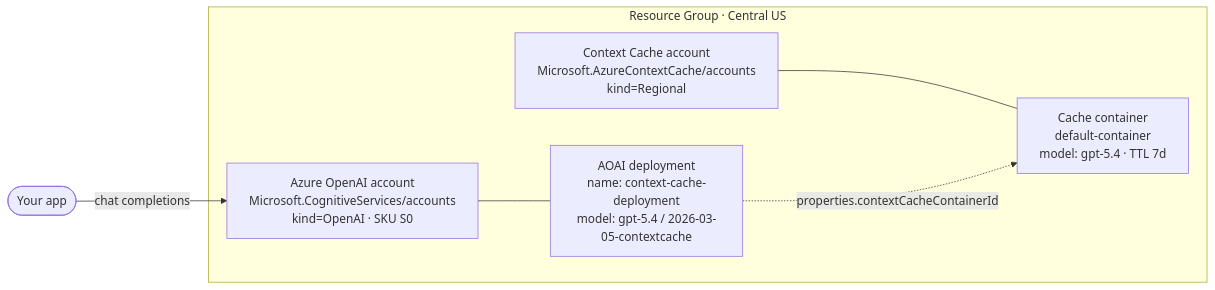
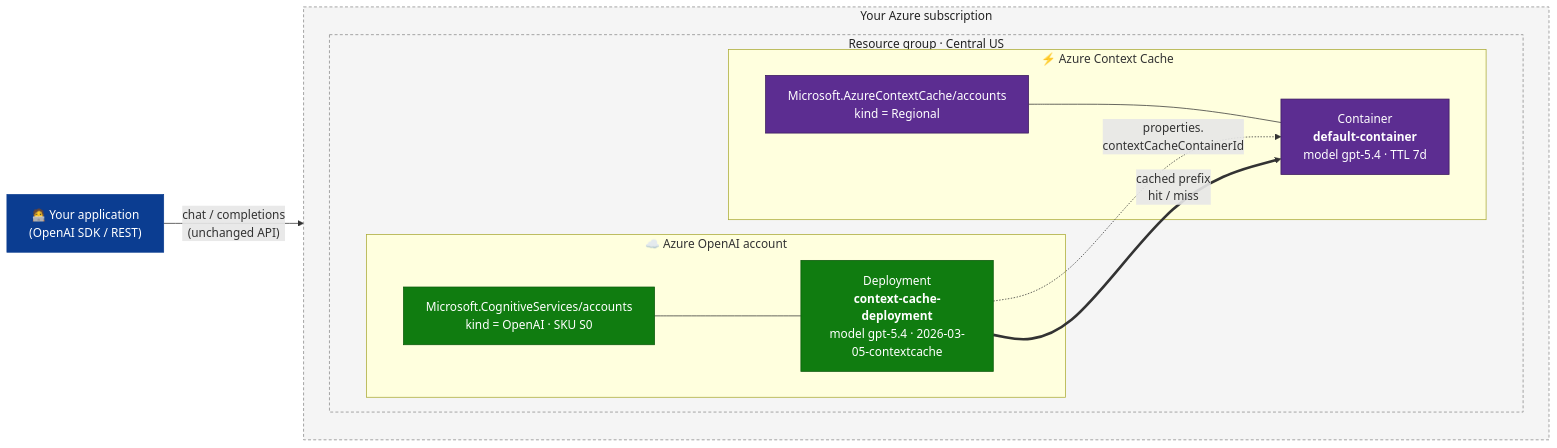
Before and after one commit to Azure/AzureContextCache: the diagram in README.md, drawn with Mermaid. The commit also changed other lines of this file, not shown here.

Commit message:
Polish README: explain explicit context caching, richer architecture diagram, single button summary

````diff
--- a/README.md
+++ b/README.md
@@ -26,13 +44,36 @@
 ```mermaid
 flowchart LR
-    User([Your app]) -->|chat completions| AOAI
-    subgraph RG["Resource Group · Central US"]
-        AOAI["Azure OpenAI account<br/>Microsoft.CognitiveServices/accounts<br/>kind=OpenAI · SKU S0"]
-        DEP["AOAI deployment<br/>name: context-cache-deployment<br/>model: gpt-5.4 / 2026-03-05-contextcache"]
-        CACHE["Context Cache account<br/>Microsoft.AzureContextCache/accounts<br/>kind=Regional"]
-        CONT["Cache container<br/>default-container<br/>model: gpt-5.4 · TTL 7d"]
-        AOAI --- DEP
-        CACHE --- CONT
-        DEP -.->|properties.contextCacheContainerId| CONT
+    classDef app    fill:#0b3d91,stroke:#0b3d91,color:#ffffff
+    classDef aoai   fill:#107c10,stroke:#0b5a0b,color:#ffffff
+    classDef cache  fill:#5c2d91,stroke:#3b1c5c,color:#ffffff
+    classDef rg     fill:#f5f5f5,stroke:#888,color:#222,stroke-dasharray: 4 3
+
+    User["🧑‍💻 Your application<br/>(OpenAI SDK / REST)"]:::app
+
+    subgraph SUB["Your Azure subscription"]
+        direction TB
+        subgraph RG["Resource group · Central US"]
+            direction LR
+
+            subgraph AOAIBOX["☁️ Azure OpenAI account"]
+                AOAI["Microsoft.CognitiveServices/accounts<br/>kind = OpenAI · SKU S0"]:::aoai
+                DEP["Deployment<br/><b>context-cache-deployment</b><br/>model gpt-5.4 · 2026-03-05-contextcache"]:::aoai
+                AOAI --- DEP
+            end
+
+            subgraph CACHEBOX["⚡ Azure Context Cache"]
+                ACC["Microsoft.AzureContextCache/accounts<br/>kind = Regional"]:::cache
+                CONT["Container<br/><b>default-container</b><br/>model gpt-5.4 · TTL 7d"]:::cache
+                ACC --- CONT
+            end
+
+            DEP -. "properties.<br/>contextCacheContainerId" .-> CONT
+        end
     end
+
+    User -- "chat / completions<br/>(unchanged API)" --> DEP
+    DEP == "cached prefix<br/>hit / miss" ==> CONT
+
+    class RG rg
+    class SUB rg
 ```
````
